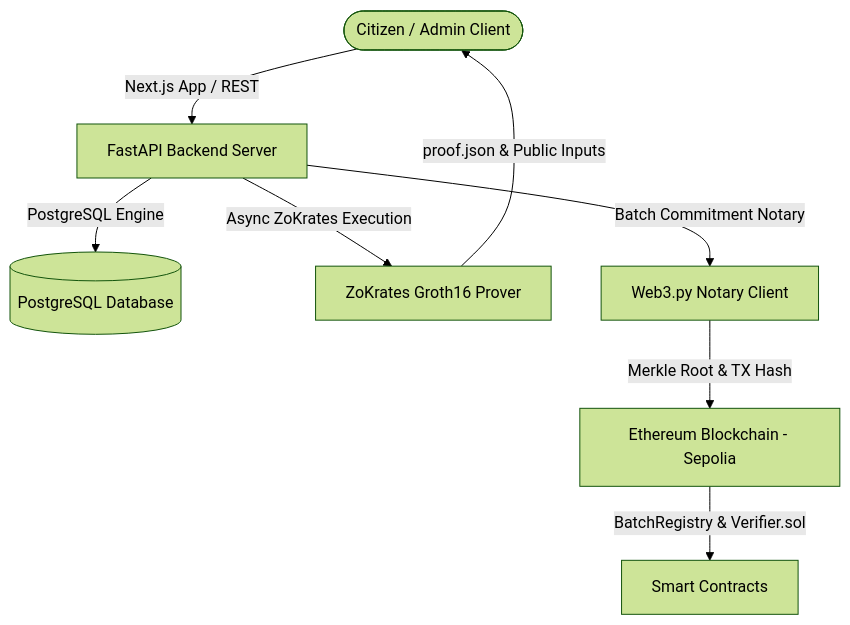
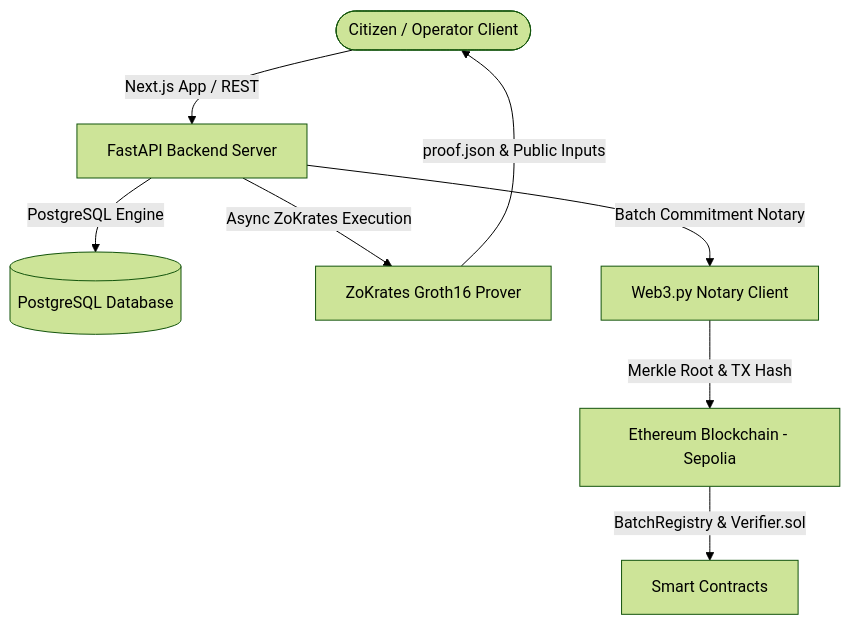
The diagram in README.md (oussama1elottri/AADL_ON), drawn with Mermaid (forest theme) before and after one commit. The commit also changed other lines of this file and 7 other files, not shown here.

````diff
--- a/README.md
+++ b/README.md
@@ -17,10 +17,10 @@
 ```mermaid
 graph TD
-    User([Citizen / Admin Client]) -->|Next.js App / REST| API[FastAPI Backend Server]
+    User([Citizen / Operator Client]) -->|Next.js App / REST| API[FastAPI Backend Server]
     API -->|PostgreSQL Engine| DB[(PostgreSQL Database)]
     API -->|Async ZoKrates Execution| ZK[ZoKrates Groth16 Prover]
     ZK -->|proof.json & Public Inputs| User
     API -->|Batch Commitment Notary| Web3[Web3.py Notary Client]
     Web3 -->|Merkle Root & TX Hash| Chain[Ethereum Blockchain - Sepolia]
     Chain -->|BatchRegistry & Verifier.sol| Contracts[Smart Contracts]
 ```
````
